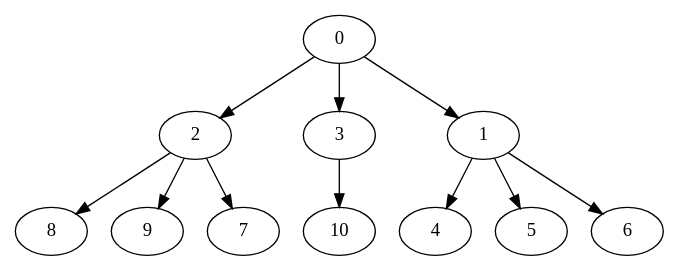
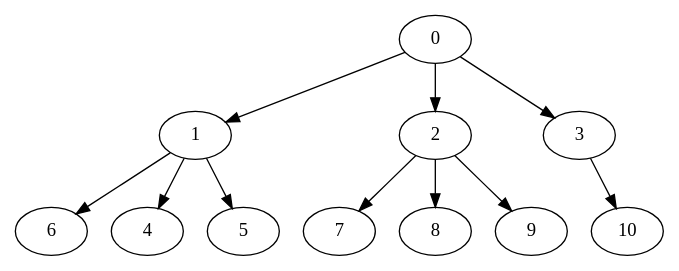
Before and after one commit to PJhaveri02/Task-Scheduler: the diagram in dot/Nodes_11_OutTree-output.dot, drawn with Graphviz. The commit also changed 5 other files, not shown here.

```diff
--- a/dot/Nodes_11_OutTree-output.dot
+++ b/dot/Nodes_11_OutTree-output.dot
@@ -1,23 +1,23 @@
 digraph "outputGraph" {
-		8	[Weight=50, Start=150, Processor=1]
+		0	[Weight=50, Start=0, Processor=1]
+		1	[Weight=70, Start=50, Processor=1]
+		0 -> 1   [Weight = 9];
+		6	[Weight=100, Start=120, Processor=1]
+		1 -> 6   [Weight = 5];
+		2	[Weight=90, Start=57, Processor=2]
+		0 -> 2   [Weight = 7];
+		7	[Weight=80, Start=147, Processor=2]
+		2 -> 7   [Weight = 5];
+		3	[Weight=100, Start=54, Processor=3]
+		0 -> 3   [Weight = 4];
+		10	[Weight=20, Start=154, Processor=3]
+		3 -> 10   [Weight = 4];
+		8	[Weight=50, Start=174, Processor=3]
 		2 -> 8   [Weight = 3];
-		9	[Weight=20, Start=200, Processor=1]
+		4	[Weight=40, Start=130, Processor=4]
+		1 -> 4   [Weight = 10];
+		5	[Weight=20, Start=170, Processor=4]
+		1 -> 5   [Weight = 7];
+		9	[Weight=20, Start=190, Processor=4]
 		2 -> 9   [Weight = 10];
-		3	[Weight=100, Start=54, Processor=2]
-		0 -> 3   [Weight = 4];
-		4	[Weight=40, Start=154, Processor=2]
-		1 -> 4   [Weight = 10];
-		5	[Weight=20, Start=194, Processor=2]
-		1 -> 5   [Weight = 7];
-		10	[Weight=20, Start=214, Processor=2]
-		3 -> 10   [Weight = 4];
-		2	[Weight=90, Start=57, Processor=3]
-		0 -> 2   [Weight = 7];
-		7	[Weight=80, Start=147, Processor=3]
-		2 -> 7   [Weight = 5];
-		0	[Weight=50, Start=0, Processor=4]
-		1	[Weight=70, Start=50, Processor=4]
-		0 -> 1   [Weight = 9];
-		6	[Weight=100, Start=120, Processor=4]
-		1 -> 6   [Weight = 5];
 }
```
